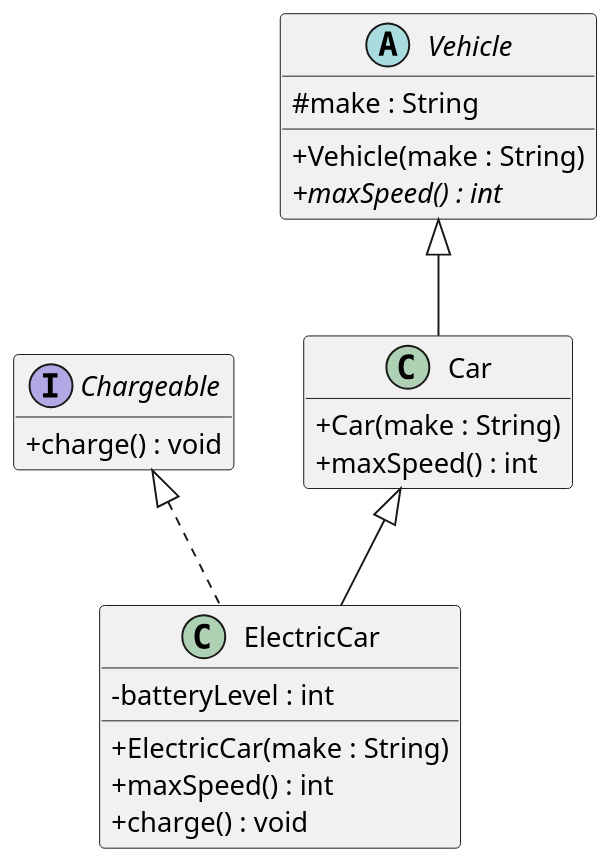
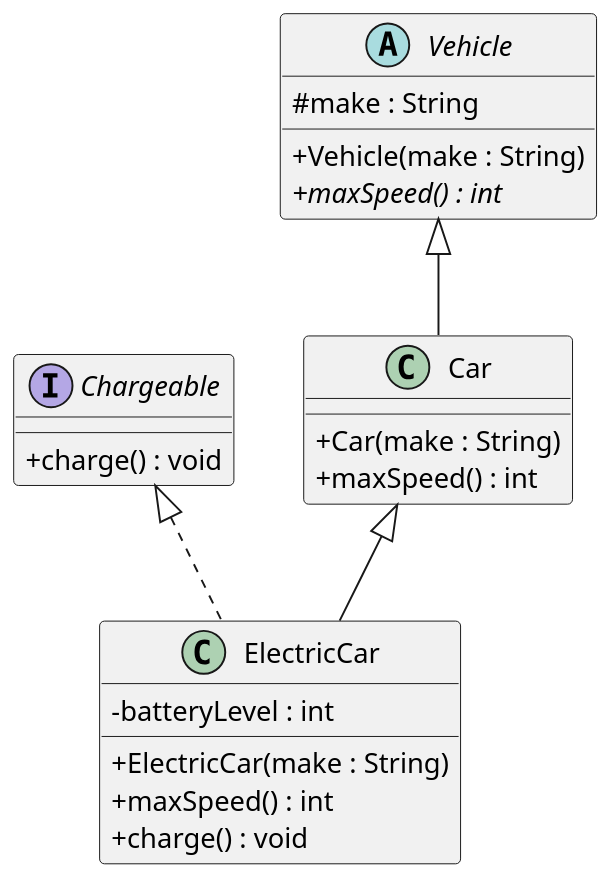
Before and after one commit to ZENITH-jpg/207-course-notes: the diagram in plantuml/exercises/vehicles-uml-starter.puml, drawn with PlantUML. The commit also changed 3 other files, not shown here.

```diff
--- a/plantuml/exercises/vehicles-uml-starter.puml
+++ b/plantuml/exercises/vehicles-uml-starter.puml
@@ -1,46 +1,45 @@
 @startuml
 skinparam dpi 150
 skinparam classAttributeIconSize 0
-hide empty members
 
 ' Your task (Chapter 3, Question 2): draw the UML class diagram for the
 ' Vehicle / Car / ElectricCar / Chargeable code.
 '
 ' Define each type as a box, then connect them with the right arrows. One box
 ' (Chargeable) is filled in as an example — complete the other three and add the
 ' relationships.
 '
 ' PlantUML cheat-sheet:
 '   interface Name { + method() : Type }
 '   abstract class Name { # field : Type }
 '   class Name { - field : Type }
 '   Parent    <|-- Child    ' generalization: Child extends Parent
 '   Interface <|.. Class    ' realization:    Class implements Interface
 ' (Putting the parent/interface on the LEFT of the arrow keeps it on top.)
 
 interface Chargeable {
   + charge() : void
 }
 
 abstract class Vehicle {
   # make : String
   + Vehicle(make : String)
   + {abstract} maxSpeed() : int
 }
 
 class Car {
   + Car(make : String)
   + maxSpeed() : int
 }
 
 class ElectricCar {
   - batteryLevel : int
   + ElectricCar(make : String)
   + maxSpeed() : int
   + charge() : void
 }
 
 Vehicle <|-- Car
 Car <|-- ElectricCar
 Chargeable <|.. ElectricCar
 @enduml
```
